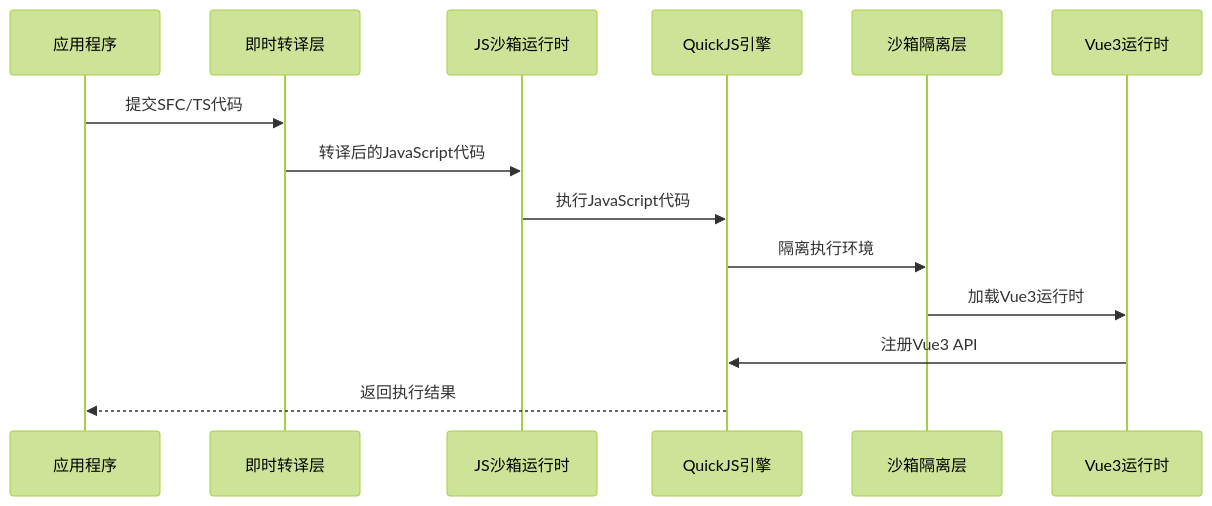
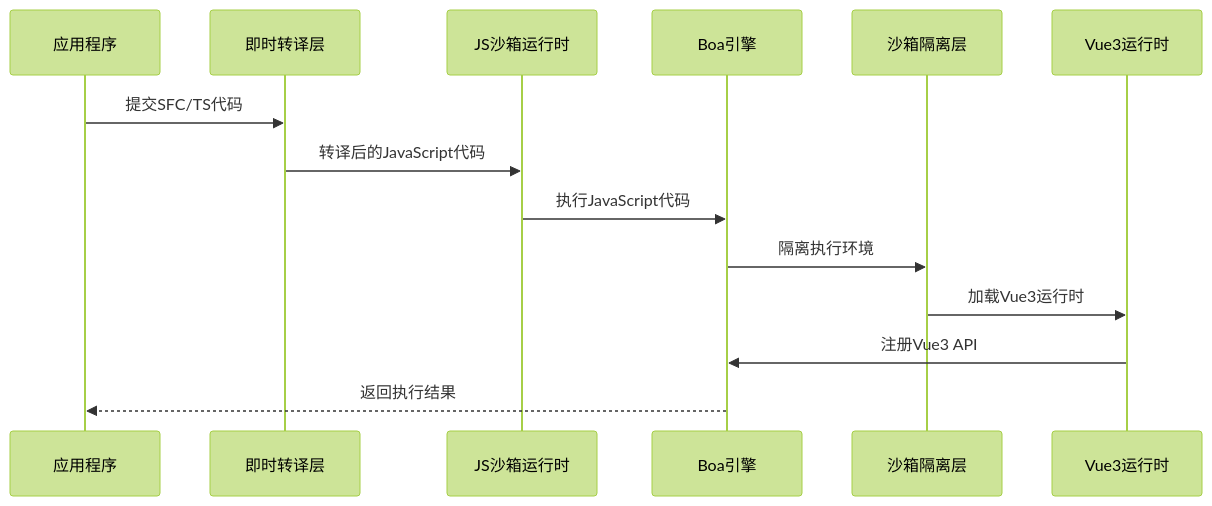
The second of 11 diagrams in .qoder/repowiki/zh/content/技术架构详解/JS沙箱运行时.md (itszzl-sudo/iris), drawn with Mermaid (forest theme) before and after one commit. The commit also changed other lines of this file and 12 other files, not shown here.

````diff
--- a/.qoder/repowiki/zh/content/技术架构详解/JS沙箱运行时.md
+++ b/.qoder/repowiki/zh/content/技术架构详解/JS沙箱运行时.md
@@ -110,16 +126,16 @@
 ```mermaid
 sequenceDiagram
 participant App as 应用程序
 participant Transpiler as 即时转译层
 participant Sandbox as JS沙箱运行时
-participant Engine as QuickJS引擎
+participant Engine as Boa引擎
 participant Isolation as 沙箱隔离层
 participant VueRuntime as Vue3运行时
 App->>Transpiler : 提交SFC/TS代码
 Transpiler->>Sandbox : 转译后的JavaScript代码
 Sandbox->>Engine : 执行JavaScript代码
 Engine->>Isolation : 隔离执行环境
 Isolation->>VueRuntime : 加载Vue3运行时
 VueRuntime->>Engine : 注册Vue3 API
 Engine-->>App : 返回执行结果
 ```
````
